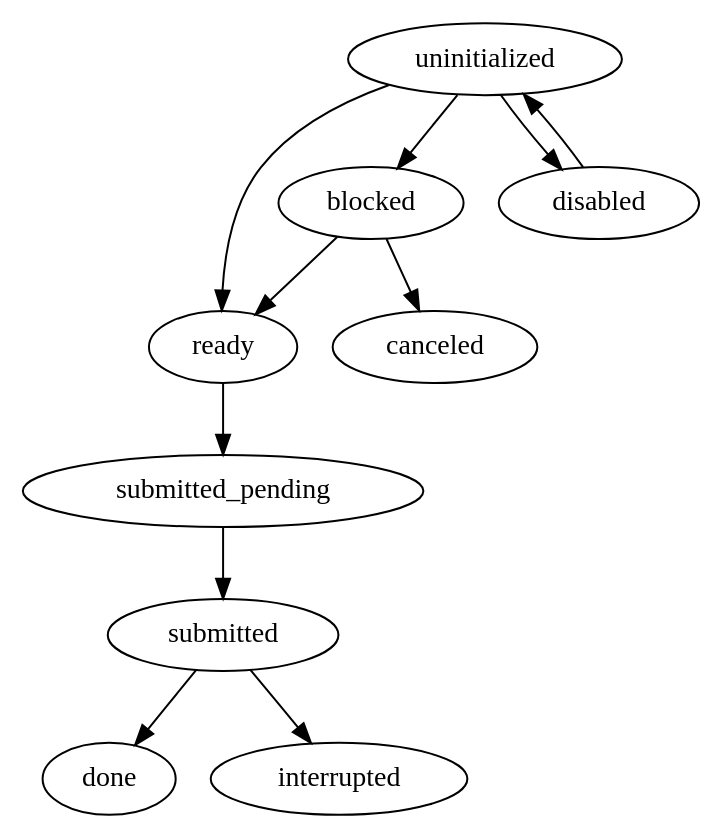
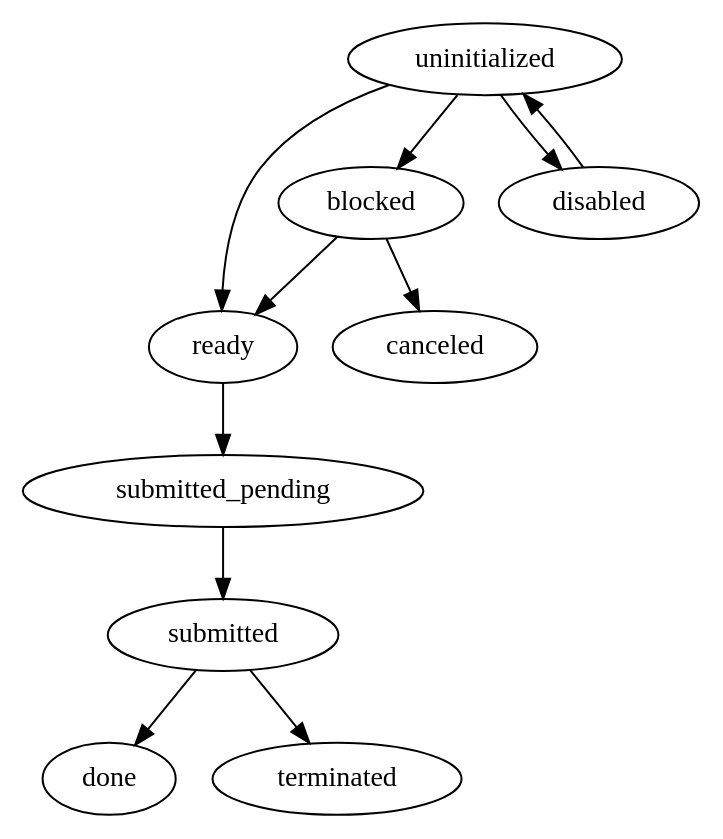
Before and after one commit to NREL/torc: the diagram in docs/architecture.rst, drawn with Graphviz. The commit also changed other lines of this file and 63 other files, not shown here.

```diff
--- a/docs/architecture.rst
+++ b/docs/architecture.rst
@@ -99,14 +99,14 @@
 .. graphviz::
 
    digraph job_statuses {
       "uninitialized" -> "ready";
       "uninitialized" -> "blocked";
       "uninitialized" -> "disabled";
       "disabled" -> "uninitialized";
       "ready" -> "submitted_pending";
       "submitted_pending" -> "submitted";
       "submitted" -> "done";
-      "submitted" -> "interrupted";
+      "submitted" -> "terminated";
       "blocked" -> "canceled";
       "blocked" -> "ready";
    }
```
